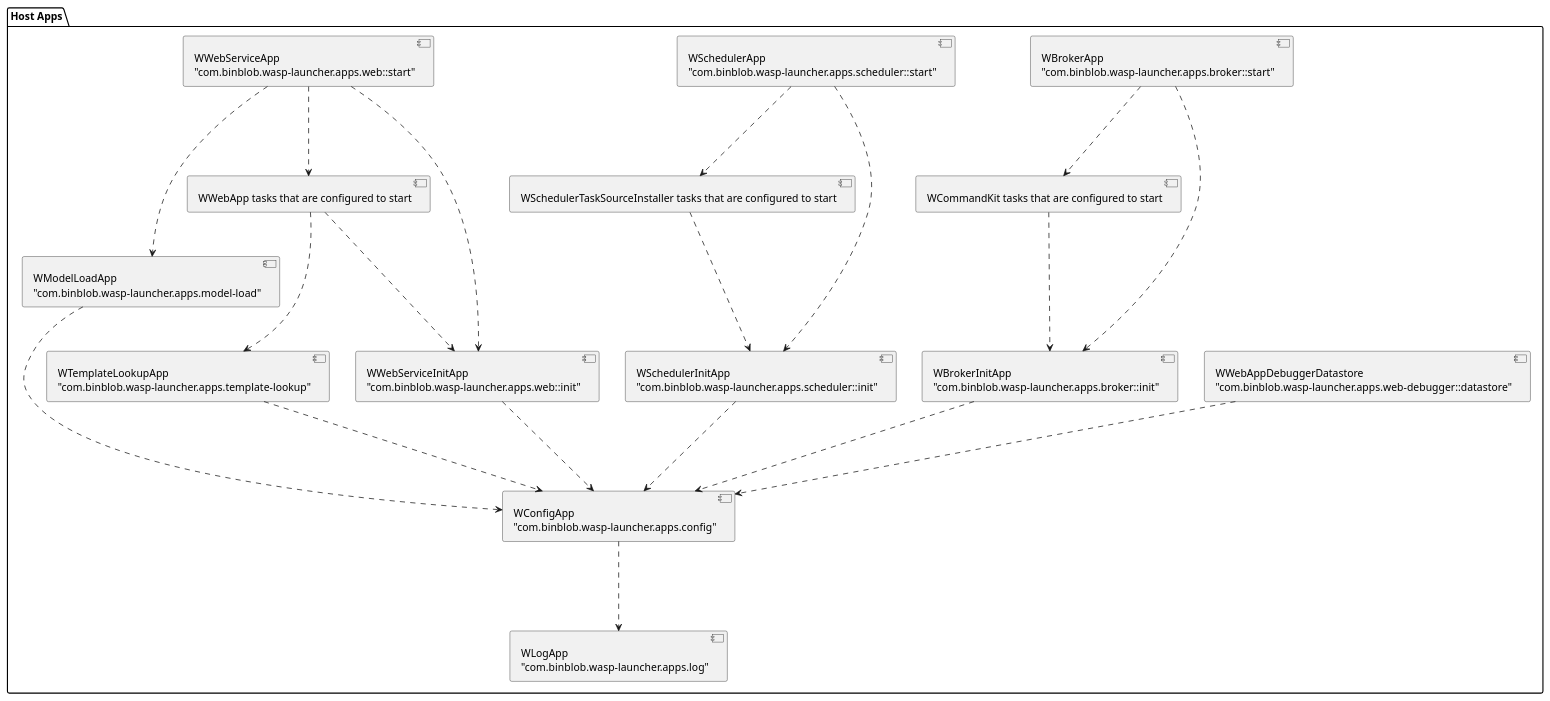
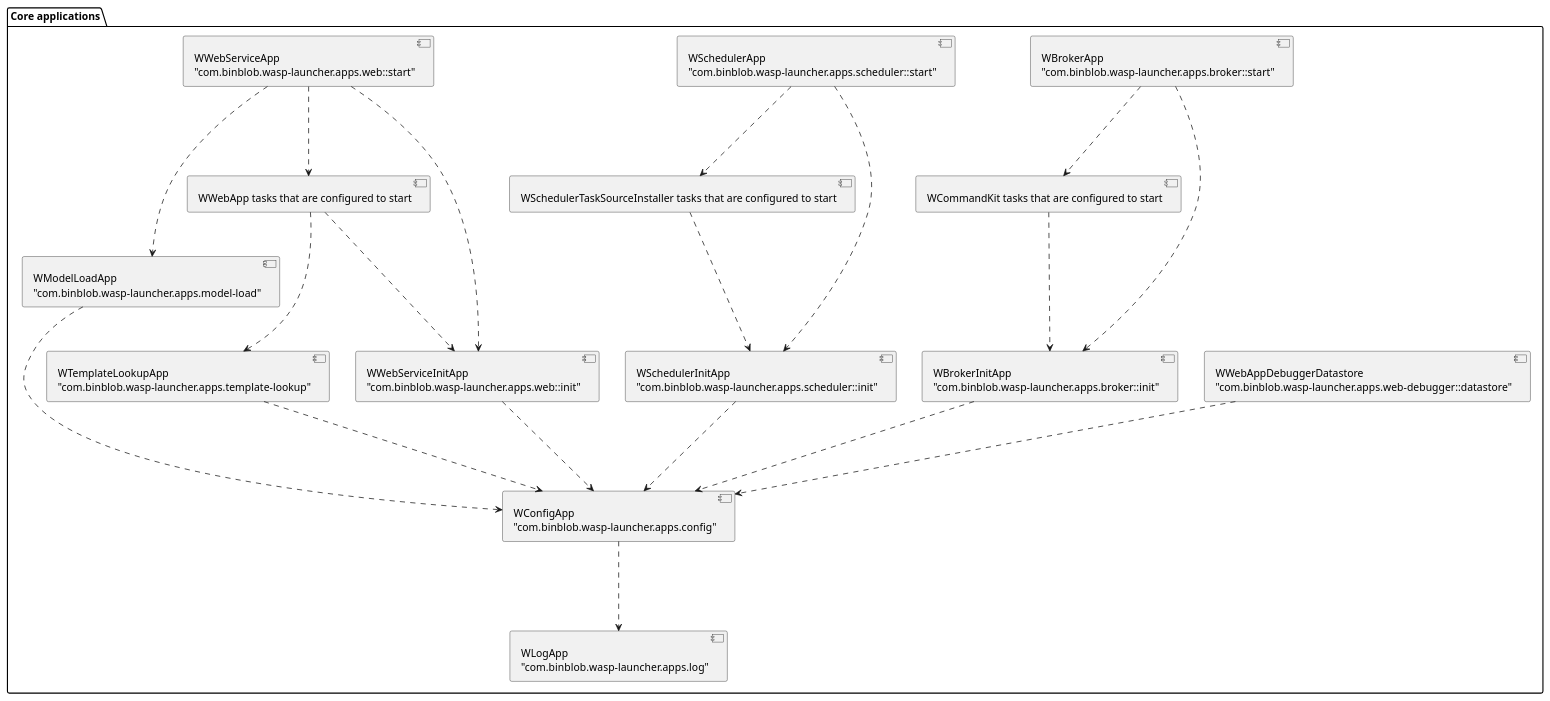
The diagram in docs/sphinx/apps.puml (a1ezzz/wasp-launcher), drawn with PlantUML before and after one commit. The commit also changed 1 other file, not shown here.

Commit message:
doc/sphinx/: diagrams updated

```diff
--- a/docs/sphinx/apps.puml
+++ b/docs/sphinx/apps.puml
@@ -1,95 +1,96 @@
 @startuml
 
-package "Host Apps" {
+package "Core applications" {
+
 component log [
 WLogApp
 "com.binblob.wasp-launcher.apps.log"
 ]
 
 component config [
 WConfigApp
 "com.binblob.wasp-launcher.apps.config"
 ]
 
 component debugger [
 WWebAppDebuggerDatastore
 "com.binblob.wasp-launcher.apps.web-debugger::datastore"
 ]
 
 component web_init [
 WWebServiceInitApp
 "com.binblob.wasp-launcher.apps.web::init"
 ]
 
 component broker_init [
 WBrokerInitApp
 "com.binblob.wasp-launcher.apps.broker::init"
 ]
 
 component scheduler_init [
 WSchedulerInitApp
 "com.binblob.wasp-launcher.apps.scheduler::init"
 ]
 
 component model [
 WModelLoadApp
 "com.binblob.wasp-launcher.apps.model-load"
 ]
 
 component template [
 WTemplateLookupApp
 "com.binblob.wasp-launcher.apps.template-lookup"
 ]
 
 component broker_apps [
 WCommandKit tasks that are configured to start
 ]
 
 component broker_start [
 WBrokerApp
 "com.binblob.wasp-launcher.apps.broker::start"
 ]
 
 component scheduler_apps [
 WSchedulerTaskSourceInstaller tasks that are configured to start
 ]
 
 component scheduler_start [
 WSchedulerApp
 "com.binblob.wasp-launcher.apps.scheduler::start"
 ]
 
 component web_apps [
 WWebApp tasks that are configured to start
 ]
 
 component web_start [
 WWebServiceApp
 "com.binblob.wasp-launcher.apps.web::start"
 ]
 
 config .-down-> log
 debugger .-down-> config
 web_init .-down-> config
 broker_init .-down-> config
 scheduler_init .-down-> config
 
 broker_apps .-down-> broker_init
 broker_start .-down-> broker_init
 broker_start .-down-> broker_apps
 
 model .-down-> config
 template .-down-> config
 
 scheduler_apps .-down-> scheduler_init
 scheduler_start .-down-> scheduler_init
 scheduler_start .-down-> scheduler_apps
 
 web_apps .-down-> web_init
 web_apps .-down-> template
 web_start .-down-> model
 web_start .-down-> web_apps
 web_start .-down-> web_init
 }
 
 @enduml
```
